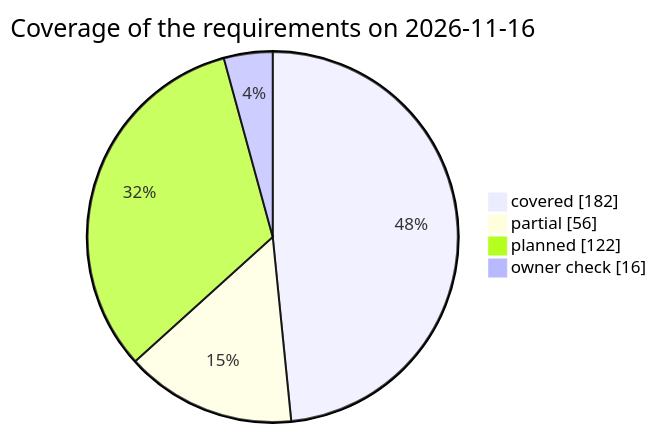
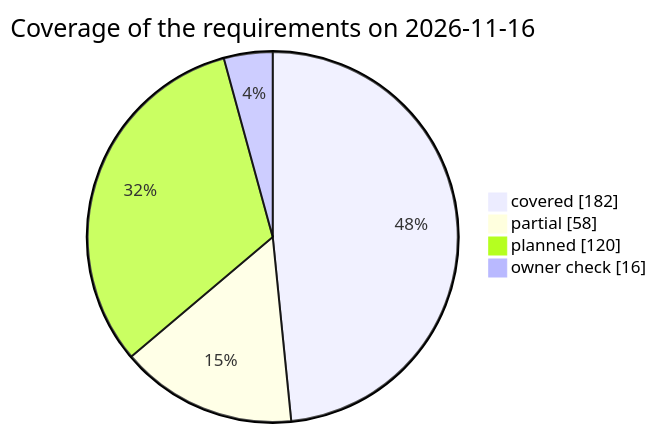
One commit to qa-io-vn/fnb-manager changed the third of 3 diagrams in docs/test-plan.md. Above: the diagram before and after it, drawn with Mermaid. The commit also changed other lines of this file and 13 other files, not shown here.

````diff
--- a/docs/test-plan.md
+++ b/docs/test-plan.md
@@ -856,8 +857,8 @@
 ```mermaid
 pie showData
     title Coverage of the requirements on 2026-11-16
     "covered" : 182
-    "partial" : 56
-    "planned" : 122
+    "partial" : 58
+    "planned" : 120
     "owner check" : 16
 ```
````
